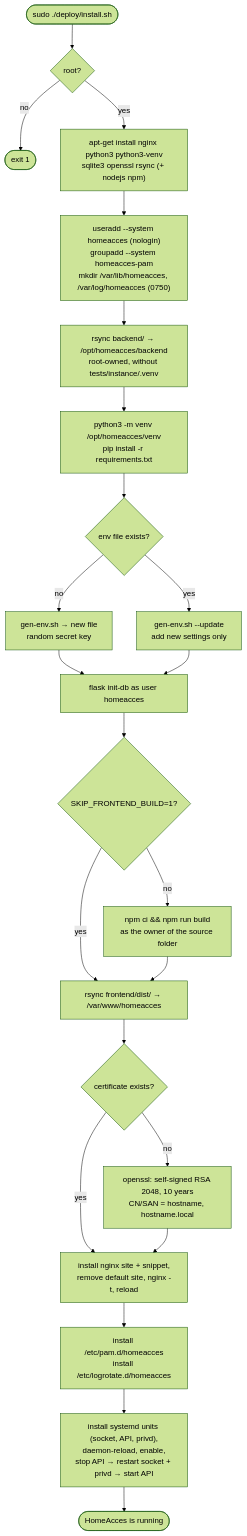
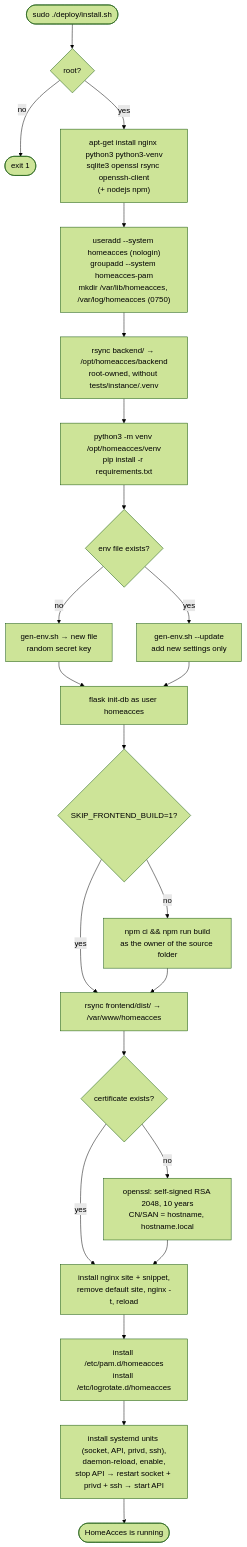
One commit to juanecito/Home_Access_Web changed the second of 6 diagrams in doc/06-deployment.md. Above: the diagram before and after it, drawn with Mermaid (forest theme). The commit also changed other lines of this file and 40 other files, not shown here.

````diff
--- a/doc/06-deployment.md
+++ b/doc/06-deployment.md
@@ -71,24 +80,24 @@
 ```mermaid
 flowchart TD
     S([sudo ./deploy/install.sh]) --> R{"root?"}
     R -- no --> X([exit 1])
-    R -- yes --> P1["apt-get install nginx python3 python3-venv<br/>sqlite3 openssl rsync (+ nodejs npm)"]
+    R -- yes --> P1["apt-get install nginx python3 python3-venv<br/>sqlite3 openssl rsync openssh-client<br/>(+ nodejs npm)"]
     P1 --> P2["useradd --system homeacces (nologin)<br/>groupadd --system homeacces-pam<br/>mkdir /var/lib/homeacces, /var/log/homeacces (0750)"]
     P2 --> P3["rsync backend/ → /opt/homeacces/backend<br/>root-owned, without tests/instance/.venv"]
     P3 --> P4["python3 -m venv /opt/homeacces/venv<br/>pip install -r requirements.txt"]
     P4 --> P5{"env file exists?"}
     P5 -- no --> P5a["gen-env.sh → new file<br/>random secret key"]
     P5 -- yes --> P5b["gen-env.sh --update<br/>add new settings only"]
     P5a & P5b --> P6["flask init-db as user homeacces"]
     P6 --> P7{"SKIP_FRONTEND_BUILD=1?"}
     P7 -- no --> P7a["npm ci && npm run build<br/>as the owner of the source folder"]
     P7 -- yes --> P8
     P7a --> P8["rsync frontend/dist/ → /var/www/homeacces"]
     P8 --> P9{"certificate exists?"}
     P9 -- no --> P9a["openssl: self-signed RSA 2048, 10 years<br/>CN/SAN = hostname, hostname.local"]
     P9 -- yes --> P10
     P9a --> P10["install nginx site + snippet,<br/>remove default site, nginx -t, reload"]
     P10 --> P11["install /etc/pam.d/homeacces<br/>install /etc/logrotate.d/homeacces"]
-    P11 --> P12["install systemd units (socket, API, privd),<br/>daemon-reload, enable,<br/>stop API → restart socket + privd → start API"]
+    P11 --> P12["install systemd units (socket, API, privd, ssh),<br/>daemon-reload, enable,<br/>stop API → restart socket + privd + ssh → start API"]
     P12 --> D([HomeAcces is running])
 ```
````
